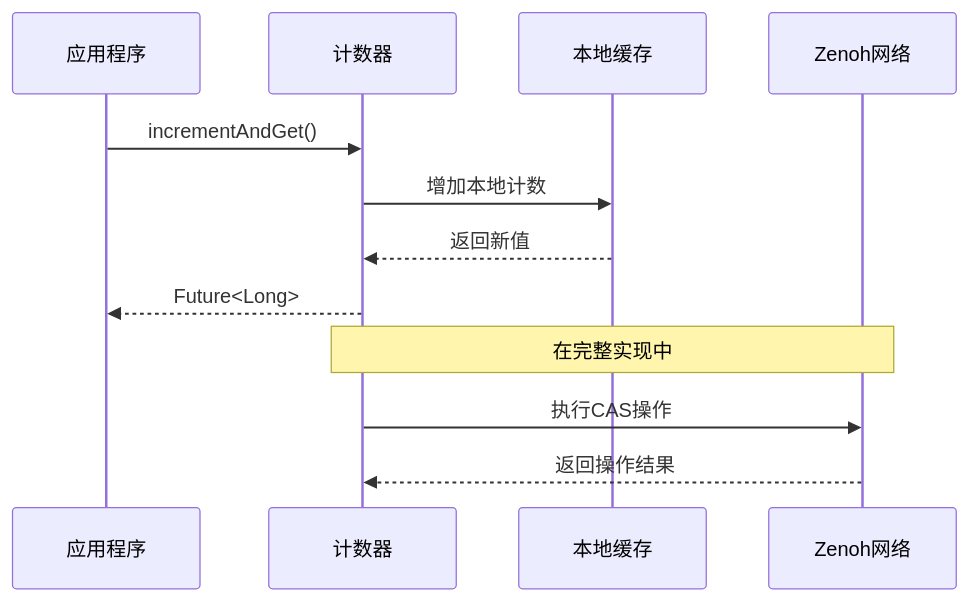
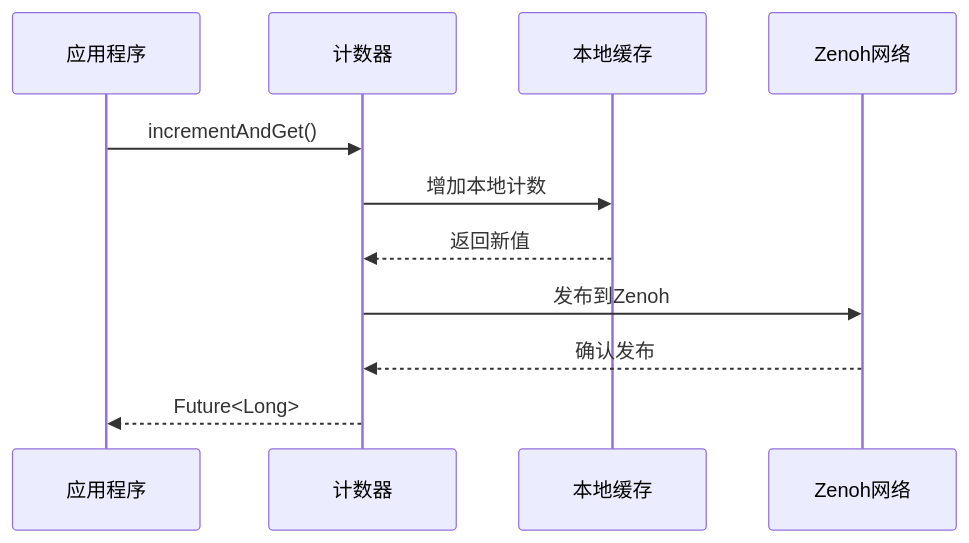
One commit to ossworker/vertx-starter changed the seventh of 19 diagrams in .qoder/repowiki/zh/content/分布式功能实现.md. Above: the diagram before and after it, drawn with Mermaid. The commit also changed other lines of this file and 7 other files, not shown here.

````diff
--- a/.qoder/repowiki/zh/content/分布式功能实现.md
+++ b/.qoder/repowiki/zh/content/分布式功能实现.md
@@ -251,14 +298,13 @@
 ```mermaid
 sequenceDiagram
 participant APP as 应用程序
 participant CNT as 计数器
 participant CACHE as 本地缓存
 participant Z as Zenoh网络
 APP->>CNT : incrementAndGet()
 CNT->>CACHE : 增加本地计数
 CACHE-->>CNT : 返回新值
+CNT->>Z : 发布到Zenoh
+Z-->>CNT : 确认发布
 CNT-->>APP : Future<Long>
-Note over CNT,Z : 在完整实现中
-CNT->>Z : 执行CAS操作
-Z-->>CNT : 返回操作结果
 ```
````
